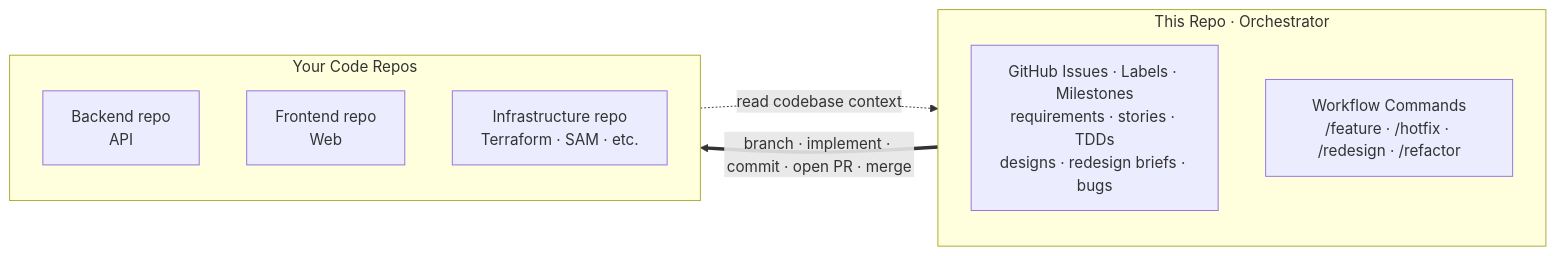
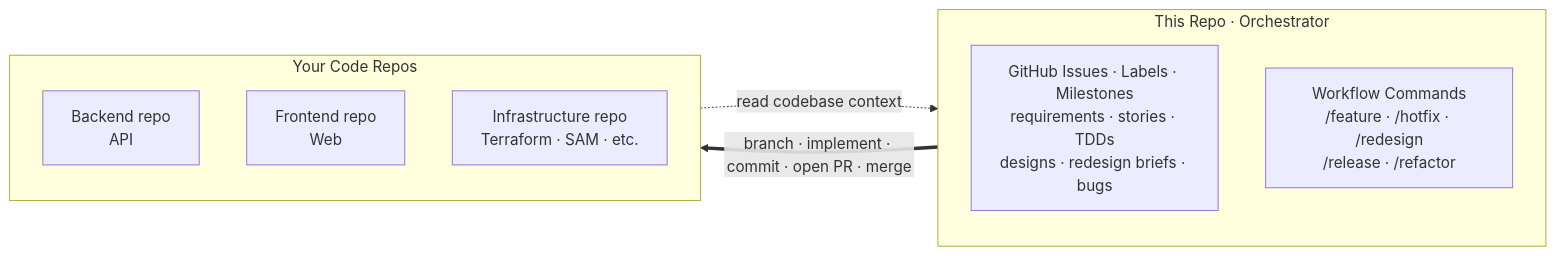
One commit to simpscal/notism changed the first of 7 diagrams in README.md. Above: the diagram before and after it, drawn with Mermaid. The commit also changed other lines of this file and 7 other files, not shown here.

First line of the commit message:
refactor(workflow): promote release to standalone /release workflow

````diff
--- a/README.md
+++ b/README.md
@@ -19,18 +19,18 @@
 ```mermaid
 flowchart LR
     subgraph ORCH["This Repo · Orchestrator"]
         direction TB
         ISSUES["GitHub Issues · Labels · Milestones<br/>requirements · stories · TDDs<br/>designs · redesign briefs · bugs"]
-        FLOWS["Workflow Commands<br/>/feature · /hotfix · /redesign · /refactor"]
+        FLOWS["Workflow Commands<br/>/feature · /hotfix · /redesign<br/>/release · /refactor"]
     end
 
     subgraph TARGETS["Your Code Repos"]
         direction TB
         BE["Backend repo<br/>API"]
         FE["Frontend repo<br/>Web"]
         IN["Infrastructure repo<br/>Terraform · SAM · etc."]
     end
 
     ORCH ==>|"branch · implement · commit · open PR · merge"| TARGETS
     TARGETS -.->|"read codebase context"| ORCH
 ```
````
